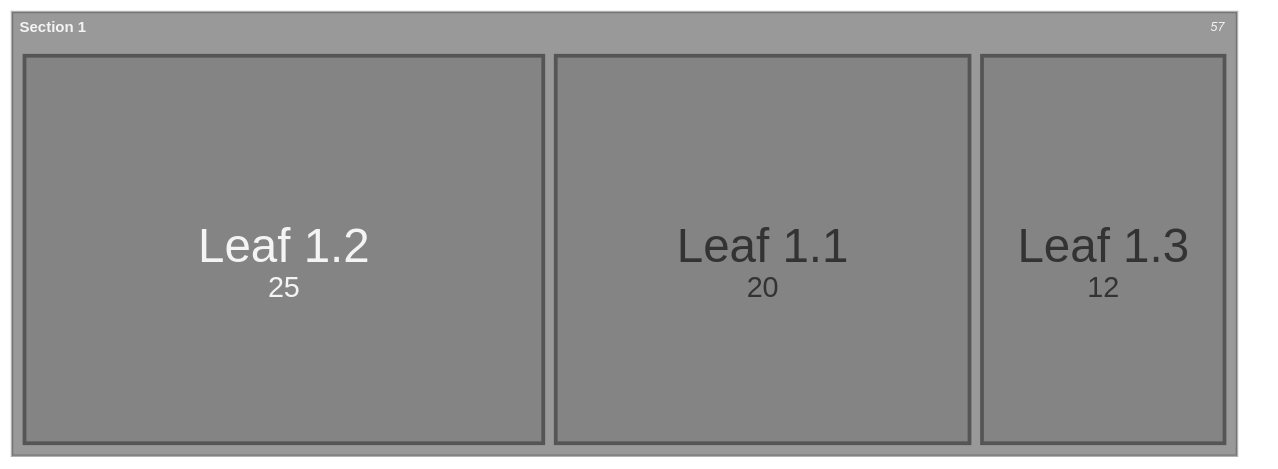
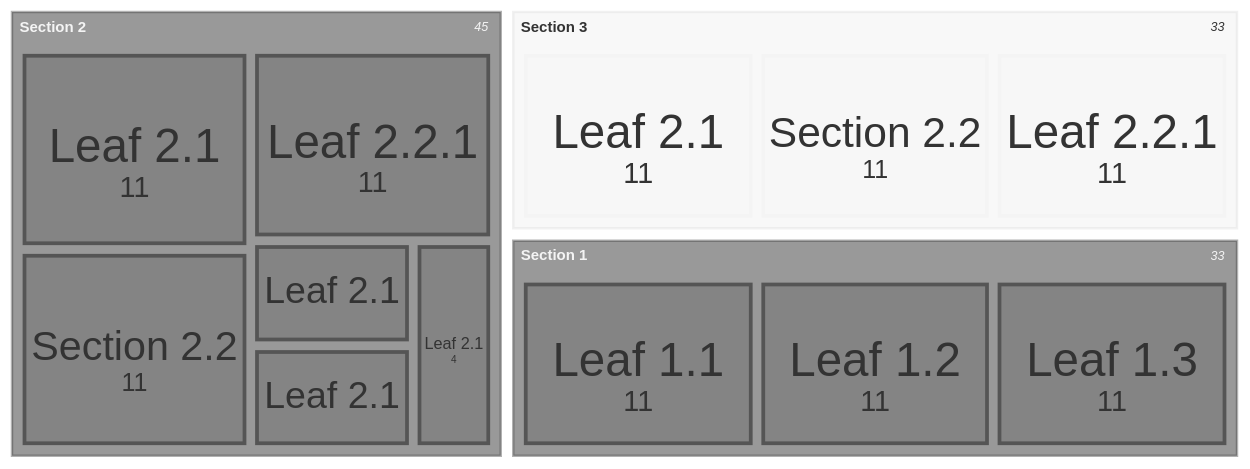
One commit to hobby-pc2026/linux-install changed the diagram in linux-install-02.md. Above: the diagram before and after it, drawn with Mermaid (neutral theme).

````diff
--- a/linux-install-02.md
+++ b/linux-install-02.md
@@ -3,11 +3,18 @@
 ```mermaid
 treemap-beta
+"Section 3"
+    "Leaf 2.1":11:::class1
+    "Section 2.2":11:::class1
+    "Leaf 2.2.1":11:::class1
 "Section 2"
-    "Leaf 2.1":::class1
-    "Section 2.2":::class1
-    "Leaf 2.2.1":::class1
+    "Leaf 2.1":11:::class1
+        "Leaf 2.1":4
+        "Leaf 2.1":4
+        "Leaf 2.1":4
+    "Section 2.2":11:::class1
+    "Leaf 2.2.1":11:::class1
 "Section 1"
-    "Leaf 1.1": 20:::class1
-    "Leaf 1.2": 25
-    "Leaf 1.3": 12
+    "Leaf 1.1": 11:::class1
+    "Leaf 1.2": 11:::class1
+    "Leaf 1.3": 11:::class1
 ```
````
